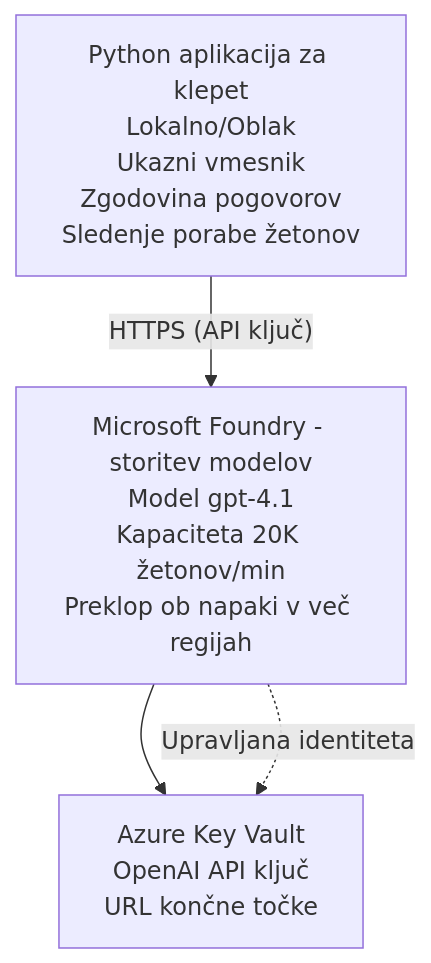
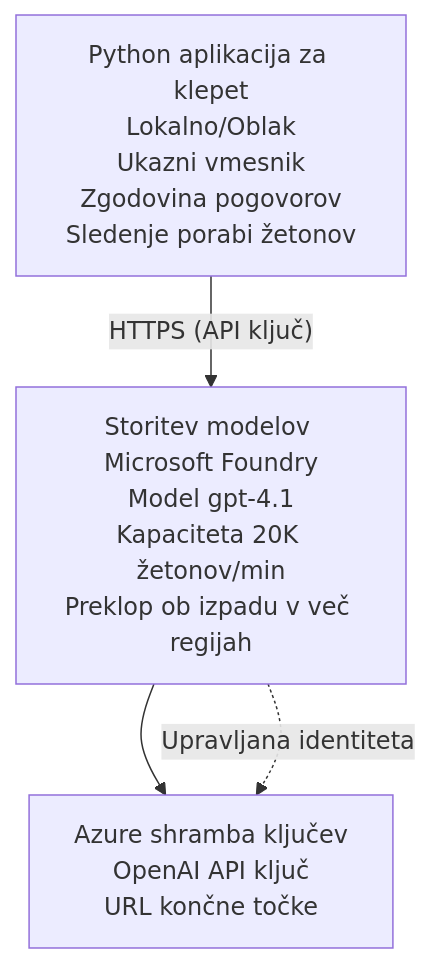
Before and after one commit to microsoft/AZD-for-beginners: the diagram in translations/sl/examples/azure-openai-chat/README.md, drawn with Mermaid. The commit also changed other lines of this file and 104 other files, not shown here.

````diff
--- a/translations/sl/examples/azure-openai-chat/README.md
+++ b/translations/sl/examples/azure-openai-chat/README.md
@@ -26,6 +26,6 @@
 ```mermaid
 graph TD
-    App[Python aplikacija za klepet<br/>Lokalno/Oblak<br/>Ukazni vmesnik<br/>Zgodovina pogovorov<br/>Sledenje porabe žetonov] -- "HTTPS (API ključ)" --> Foundry[Microsoft Foundry - storitev modelov<br/>Model gpt-4.1<br/>Kapaciteta 20K žetonov/min<br/>Preklop ob napaki v več regijah]
-    Foundry --> KV[Azure Key Vault<br/>OpenAI API ključ<br/>URL končne točke]
+    App[Python aplikacija za klepet<br/>Lokalno/Oblak<br/>Ukazni vmesnik<br/>Zgodovina pogovorov<br/>Sledenje porabi žetonov] -- "HTTPS (API ključ)" --> Foundry[Storitev modelov Microsoft Foundry<br/>Model gpt-4.1<br/>Kapaciteta 20K žetonov/min<br/>Preklop ob izpadu v več regijah]
+    Foundry --> KV[Azure shramba ključev<br/>OpenAI API ključ<br/>URL končne točke]
     Foundry -. Upravljana identiteta .-> KV
 ```
````
